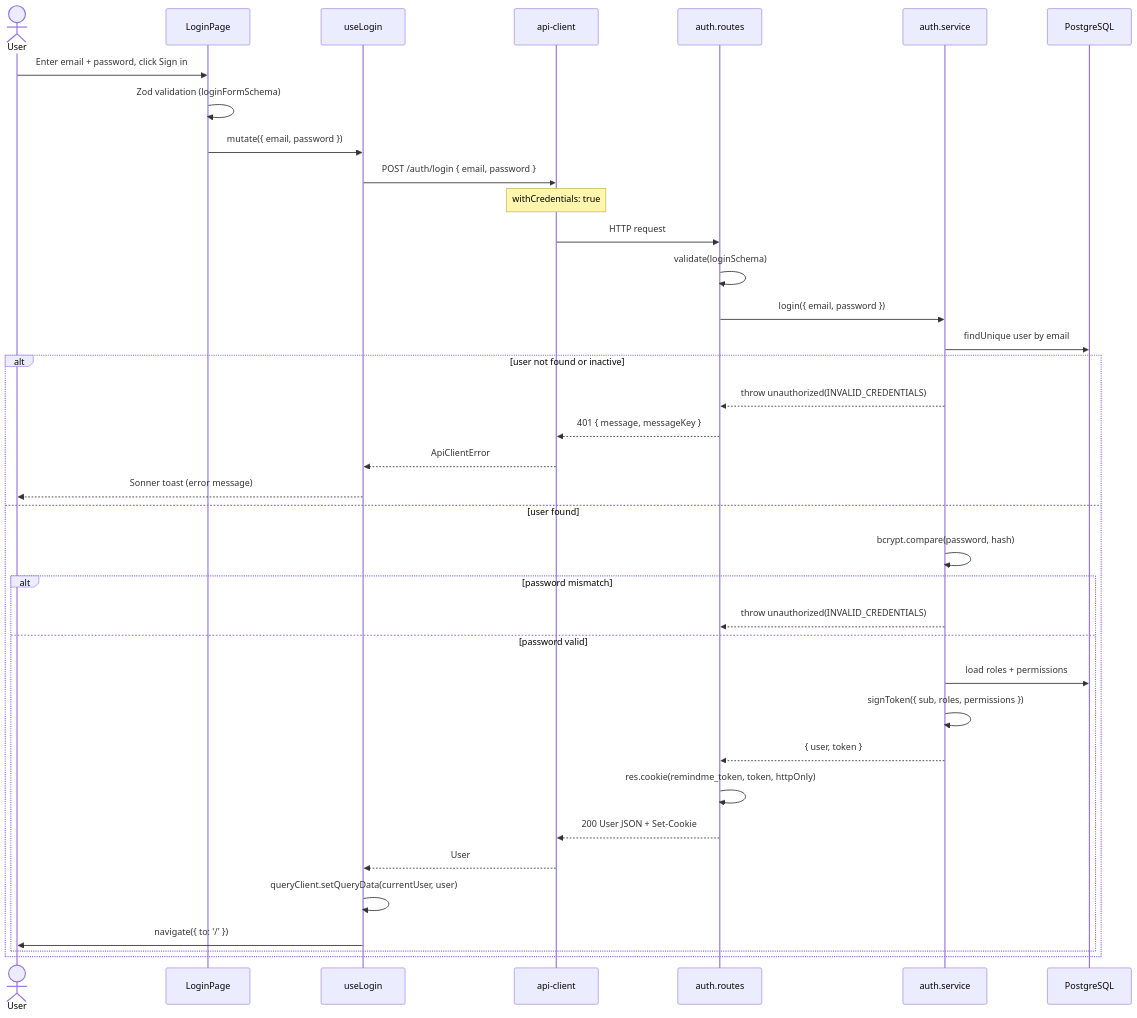
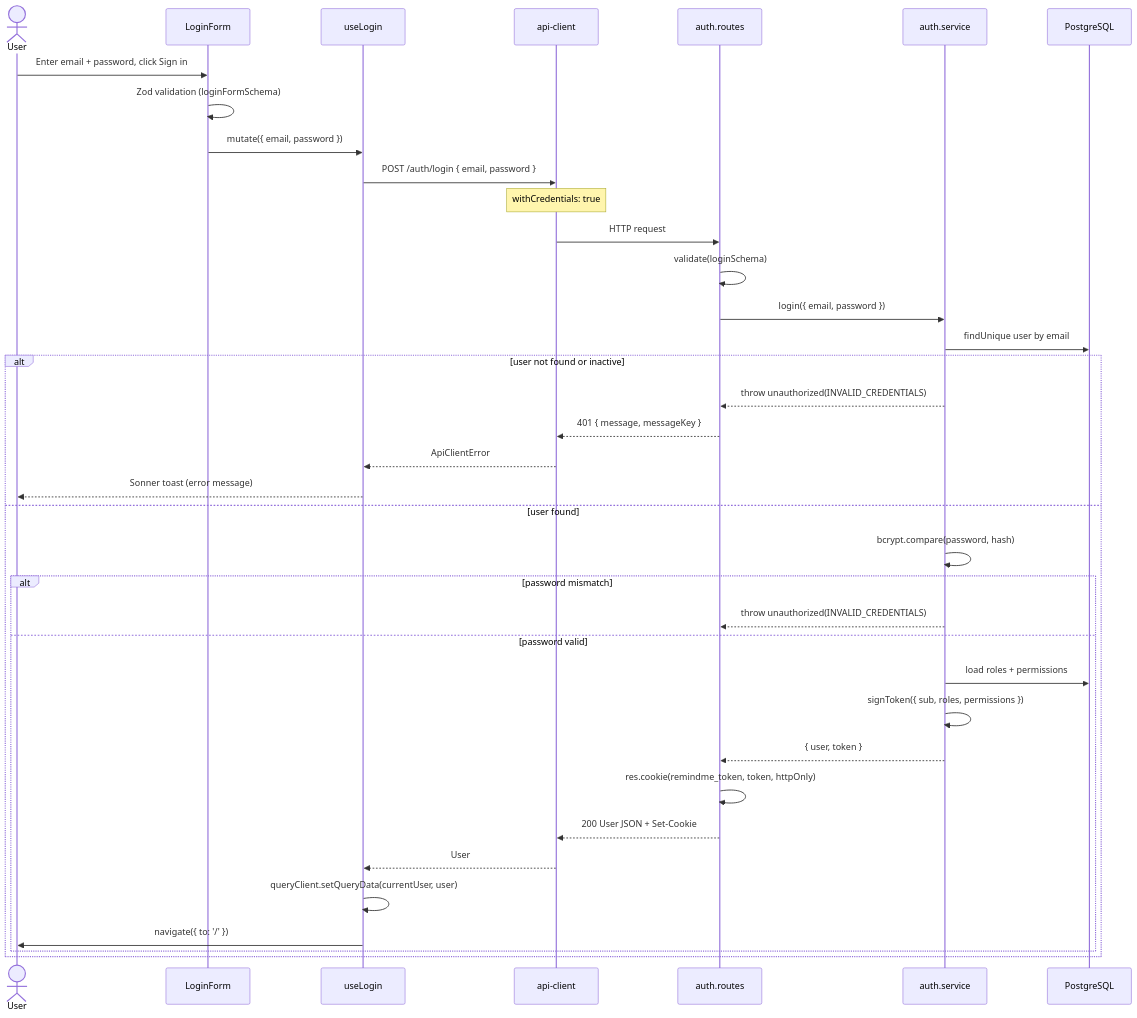
Before and after one commit to roman-ua89/remindme: the fourth of 6 diagrams in frontend/docs/AUTH.md, drawn with Mermaid. The commit also changed other lines of this file and 6 other files, not shown here.

````diff
--- a/frontend/docs/AUTH.md
+++ b/frontend/docs/AUTH.md
@@ -146,43 +148,43 @@
 ```mermaid
 sequenceDiagram
     actor User
-    participant LoginPage
+    participant LoginForm
     participant useLogin
     participant apiClient as api-client
     participant Routes as auth.routes
     participant Service as auth.service
     participant DB as PostgreSQL
 
-    User->>LoginPage: Enter email + password, click Sign in
-    LoginPage->>LoginPage: Zod validation (loginFormSchema)
-    LoginPage->>useLogin: mutate({ email, password })
+    User->>LoginForm: Enter email + password, click Sign in
+    LoginForm->>LoginForm: Zod validation (loginFormSchema)
+    LoginForm->>useLogin: mutate({ email, password })
 
     useLogin->>apiClient: POST /auth/login { email, password }
     Note over apiClient: withCredentials: true
 
     apiClient->>Routes: HTTP request
     Routes->>Routes: validate(loginSchema)
     Routes->>Service: login({ email, password })
 
     Service->>DB: findUnique user by email
     alt user not found or inactive
         Service-->>Routes: throw unauthorized(INVALID_CREDENTIALS)
         Routes-->>apiClient: 401 { message, messageKey }
         apiClient-->>useLogin: ApiClientError
         useLogin-->>User: Sonner toast (error message)
     else user found
         Service->>Service: bcrypt.compare(password, hash)
         alt password mismatch
             Service-->>Routes: throw unauthorized(INVALID_CREDENTIALS)
         else password valid
             Service->>DB: load roles + permissions
             Service->>Service: signToken({ sub, roles, permissions })
             Service-->>Routes: { user, token }
             Routes->>Routes: res.cookie(remindme_token, token, httpOnly)
             Routes-->>apiClient: 200 User JSON + Set-Cookie
             apiClient-->>useLogin: User
             useLogin->>useLogin: queryClient.setQueryData(currentUser, user)
             useLogin->>User: navigate({ to: '/' })
         end
     end
 ```
````
